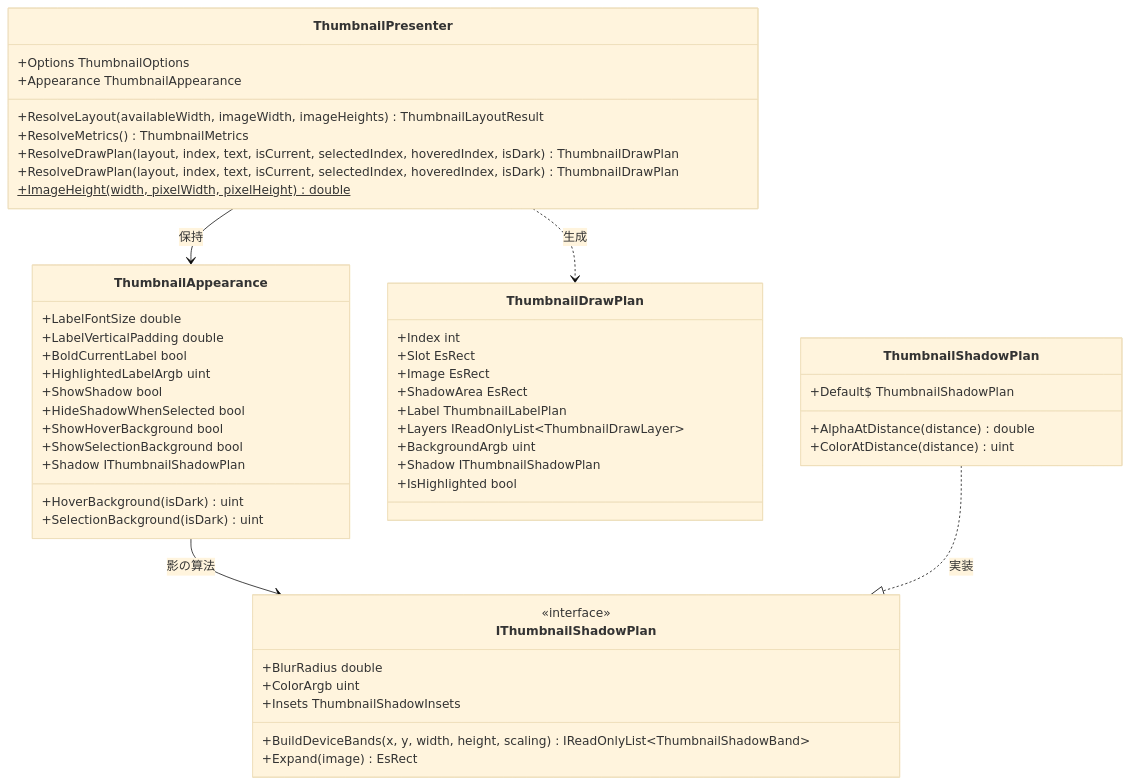
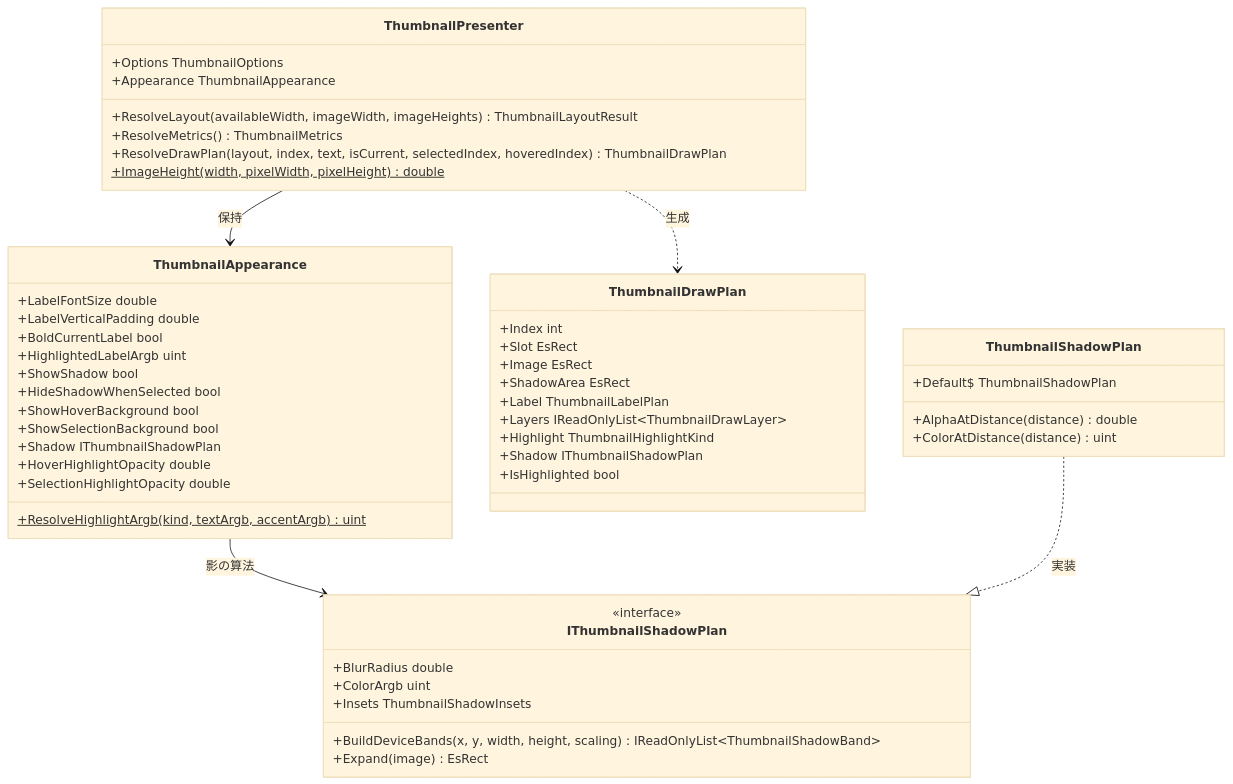
One commit to tomokuni/EsUtil changed the second of 4 diagrams in EsUtil/Feature.Thumbnail.Presenter/docs/SPEC_System.md. Above: the diagram before and after it, drawn with Mermaid (base theme). The commit also changed other lines of this file and 92 other files, not shown here.

````diff
--- a/EsUtil/Feature.Thumbnail.Presenter/docs/SPEC_System.md
+++ b/EsUtil/Feature.Thumbnail.Presenter/docs/SPEC_System.md
@@ -108,54 +108,54 @@
 ```mermaid
 classDiagram
     class ThumbnailPresenter {
         +Options ThumbnailOptions
         +Appearance ThumbnailAppearance
         +ResolveLayout(availableWidth, imageWidth, imageHeights) ThumbnailLayoutResult
         +ResolveMetrics() ThumbnailMetrics
-        +ResolveDrawPlan(layout, index, text, isCurrent, selectedIndex, hoveredIndex, isDark) ThumbnailDrawPlan
-        +ResolveDrawPlan(layout, index, text, isCurrent, selectedIndex, hoveredIndex, isDark) ThumbnailDrawPlan
+        +ResolveDrawPlan(layout, index, text, isCurrent, selectedIndex, hoveredIndex) ThumbnailDrawPlan
         +ImageHeight(width, pixelWidth, pixelHeight)$ double
     }
     class ThumbnailAppearance {
         +LabelFontSize double
         +LabelVerticalPadding double
         +BoldCurrentLabel bool
         +HighlightedLabelArgb uint
         +ShowShadow bool
         +HideShadowWhenSelected bool
         +ShowHoverBackground bool
         +ShowSelectionBackground bool
         +Shadow IThumbnailShadowPlan
-        +HoverBackground(isDark) uint
-        +SelectionBackground(isDark) uint
+        +HoverHighlightOpacity double
+        +SelectionHighlightOpacity double
+        +ResolveHighlightArgb(kind, textArgb, accentArgb)$ uint
     }
     class ThumbnailDrawPlan {
         +Index int
         +Slot EsRect
         +Image EsRect
         +ShadowArea EsRect
         +Label ThumbnailLabelPlan
         +Layers IReadOnlyList~ThumbnailDrawLayer~
-        +BackgroundArgb uint
+        +Highlight ThumbnailHighlightKind
         +Shadow IThumbnailShadowPlan
         +IsHighlighted bool
     }
     class IThumbnailShadowPlan {
         <<interface>>
         +BlurRadius double
         +ColorArgb uint
         +Insets ThumbnailShadowInsets
         +BuildDeviceBands(x, y, width, height, scaling) IReadOnlyList~ThumbnailShadowBand~
         +Expand(image) EsRect
     }
     class ThumbnailShadowPlan {
         +Default$ ThumbnailShadowPlan
         +AlphaAtDistance(distance) double
         +ColorAtDistance(distance) uint
     }
 
     ThumbnailPresenter --> ThumbnailAppearance : 保持
     ThumbnailPresenter ..> ThumbnailDrawPlan : 生成
     ThumbnailAppearance --> IThumbnailShadowPlan : 影の算法
     ThumbnailShadowPlan ..|> IThumbnailShadowPlan : 実装
 ```
````
